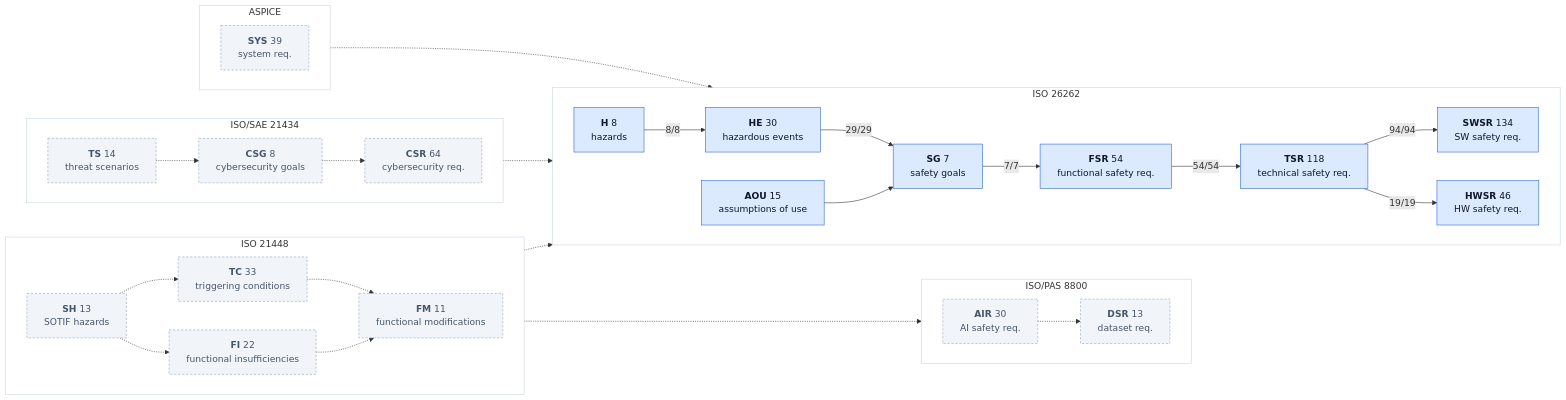
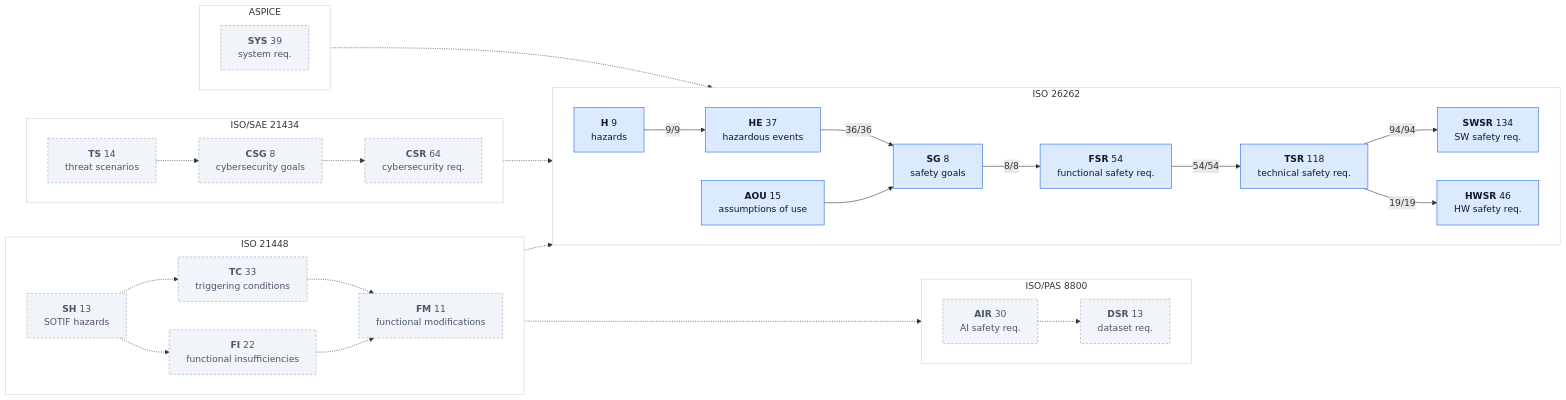
One commit to jherrodthomas/LionDriver changed the second of 2 diagrams in assurance/trace/maps/aspice-trace-map.md. Above: the diagram before and after it, drawn with Mermaid. The commit also changed other lines of this file and 73 other files, not shown here.

````diff
--- a/assurance/trace/maps/aspice-trace-map.md
+++ b/assurance/trace/maps/aspice-trace-map.md
@@ -188,61 +188,61 @@
 ```mermaid
 flowchart LR
   subgraph ISO26262["ISO 26262"]
     direction LR
-    kH["<b>H</b> 8<br/>hazards"]:::traced
-    kHE["<b>HE</b> 30<br/>hazardous events"]:::traced
-    kSG["<b>SG</b> 7<br/>safety goals"]:::traced
+    kH["<b>H</b> 9<br/>hazards"]:::traced
+    kHE["<b>HE</b> 37<br/>hazardous events"]:::traced
+    kSG["<b>SG</b> 8<br/>safety goals"]:::traced
     kFSR["<b>FSR</b> 54<br/>functional safety req."]:::traced
     kTSR["<b>TSR</b> 118<br/>technical safety req."]:::traced
     kSWSR["<b>SWSR</b> 134<br/>SW safety req."]:::traced
     kHWSR["<b>HWSR</b> 46<br/>HW safety req."]:::traced
     kAOU["<b>AOU</b> 15<br/>assumptions of use"]:::traced
   end
   style ISO26262 fill:#FFFFFF,stroke:#CBD5E1
   subgraph ISO21448["ISO 21448"]
     direction LR
     kSH["<b>SH</b> 13<br/>SOTIF hazards"]:::doc
     kTC["<b>TC</b> 33<br/>triggering conditions"]:::doc
     kFI["<b>FI</b> 22<br/>functional insufficiencies"]:::doc
     kFM["<b>FM</b> 11<br/>functional modifications"]:::doc
   end
   style ISO21448 fill:#FFFFFF,stroke:#CBD5E1
   subgraph ISOPAS8800["ISO/PAS 8800"]
     direction LR
     kAIR["<b>AIR</b> 30<br/>AI safety req."]:::doc
     kDSR["<b>DSR</b> 13<br/>dataset req."]:::doc
   end
   style ISOPAS8800 fill:#FFFFFF,stroke:#CBD5E1
   subgraph ISOSAE21434["ISO/SAE 21434"]
     direction LR
     kTS["<b>TS</b> 14<br/>threat scenarios"]:::doc
     kCSG["<b>CSG</b> 8<br/>cybersecurity goals"]:::doc
     kCSR["<b>CSR</b> 64<br/>cybersecurity req."]:::doc
   end
   style ISOSAE21434 fill:#FFFFFF,stroke:#CBD5E1
   subgraph ASPICE["ASPICE"]
     direction LR
     kSYS["<b>SYS</b> 39<br/>system req."]:::doc
   end
   style ASPICE fill:#FFFFFF,stroke:#CBD5E1
-  kH -->|"8/8"| kHE
-  kHE -->|"29/29"| kSG
-  kSG -->|"7/7"| kFSR
+  kH -->|"9/9"| kHE
+  kHE -->|"36/36"| kSG
+  kSG -->|"8/8"| kFSR
   kFSR -->|"54/54"| kTSR
   kTSR -->|"94/94"| kSWSR
   kTSR -->|"19/19"| kHWSR
   kAOU --> kSG
   kSH -.-> kTC
   kSH -.-> kFI
   kTC -.-> kFM
   kFI -.-> kFM
   kSH -.-> kHE
   kFI -.-> kAIR
   kAIR -.-> kDSR
   kTS -.-> kCSG
   kCSG -.-> kCSR
   kCSG -.-> kSG
   kSYS -.-> kTSR
   classDef traced fill:#DBEAFE,stroke:#2563EB,color:#0F172A
   classDef doc fill:#F1F5F9,stroke:#94A3B8,stroke-dasharray:4 3,color:#475569
 ```
````
